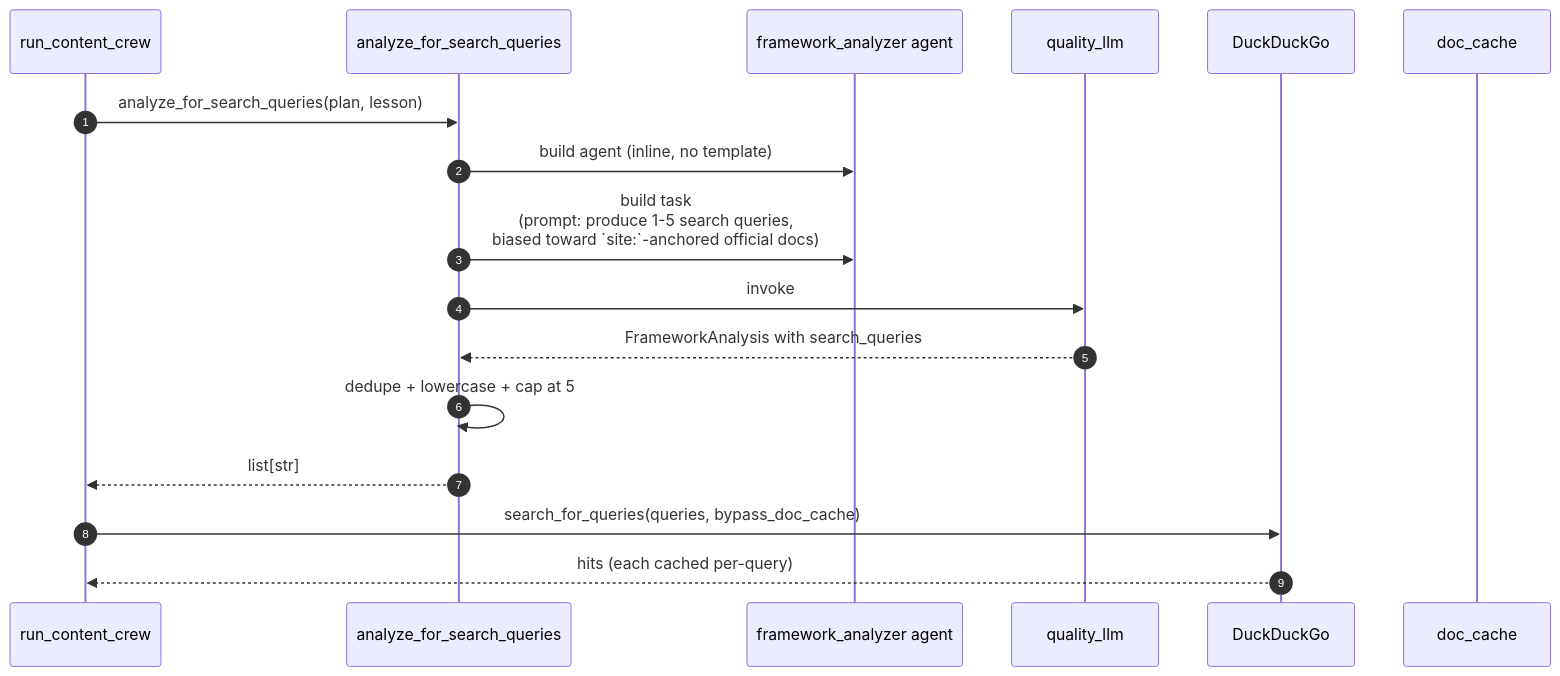
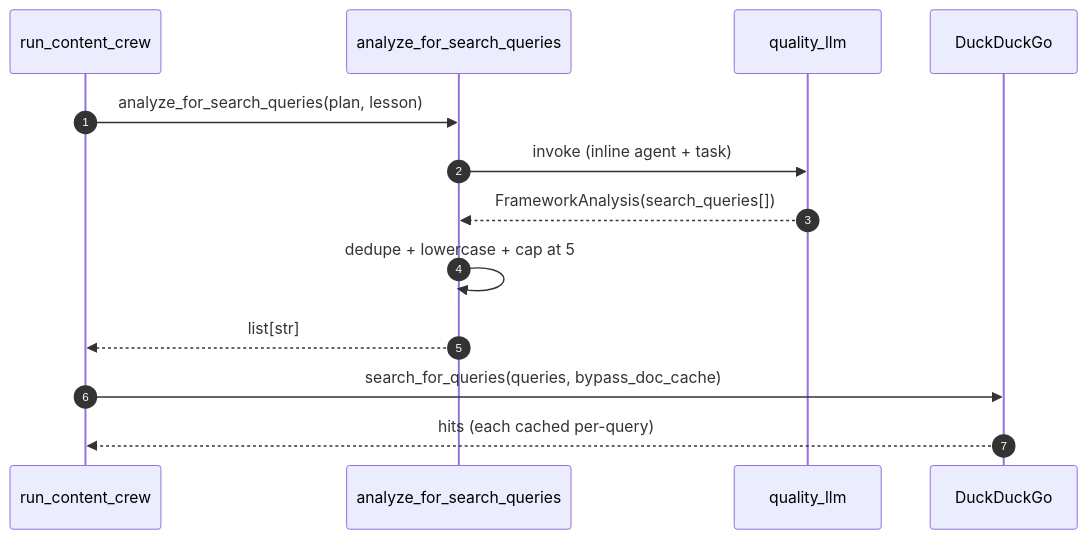
The third of 3 diagrams in diagrams/ai/03-services-and-crews.md (Dockdep/LessonHub), drawn with Mermaid before and after one commit. The commit also changed other lines of this file and 36 other files, not shown here.

````diff
--- a/diagrams/ai/03-services-and-crews.md
+++ b/diagrams/ai/03-services-and-crews.md
@@ -104,20 +77,16 @@
 ```mermaid
 sequenceDiagram
   autonumber
   participant Crew as run_content_crew
   participant FA as analyze_for_search_queries
-  participant FAA as framework_analyzer agent
   participant LLM as quality_llm
   participant DDG as DuckDuckGo
-  participant Cache as doc_cache
 
   Crew->>FA: analyze_for_search_queries(plan, lesson)
-  FA->>FAA: build agent (inline, no template)
-  FA->>FAA: build task<br/>(prompt: produce 1-5 search queries,<br/>biased toward `site:`-anchored official docs)
-  FA->>LLM: invoke
-  LLM-->>FA: FrameworkAnalysis with search_queries
+  FA->>LLM: invoke (inline agent + task)
+  LLM-->>FA: FrameworkAnalysis(search_queries[])
   FA->>FA: dedupe + lowercase + cap at 5
   FA-->>Crew: list[str]
   Crew->>DDG: search_for_queries(queries, bypass_doc_cache)
   DDG-->>Crew: hits (each cached per-query)
 ```
````
